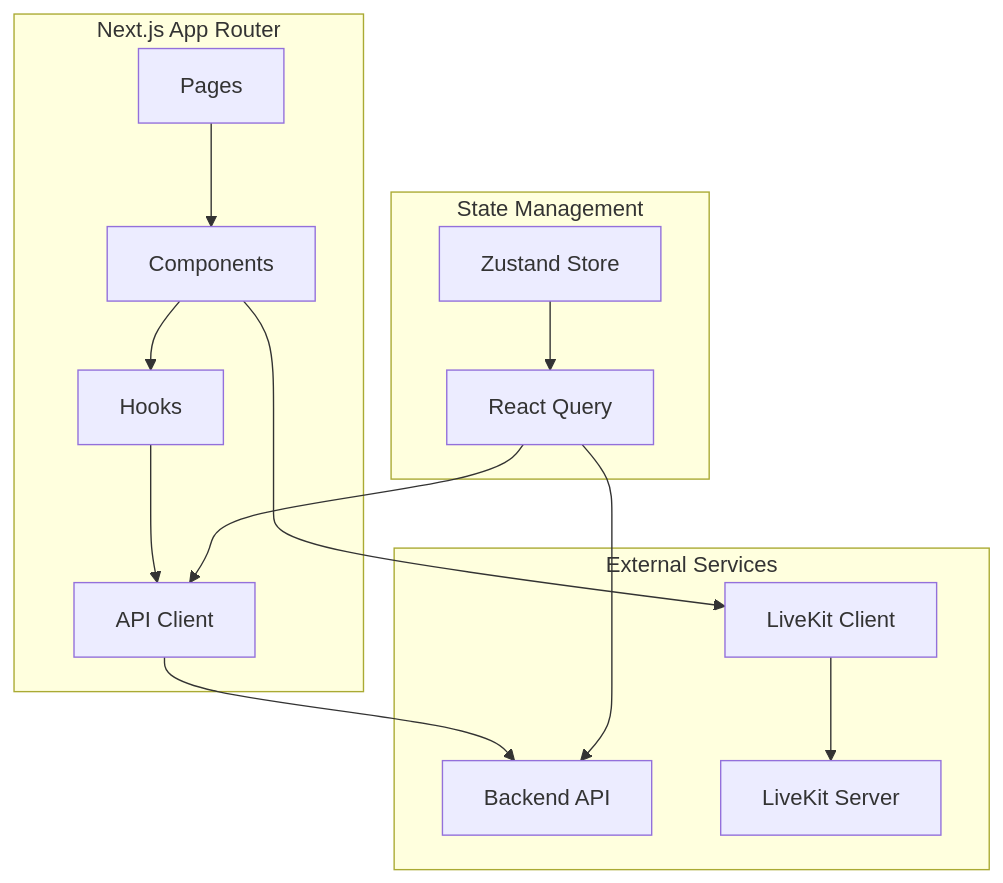
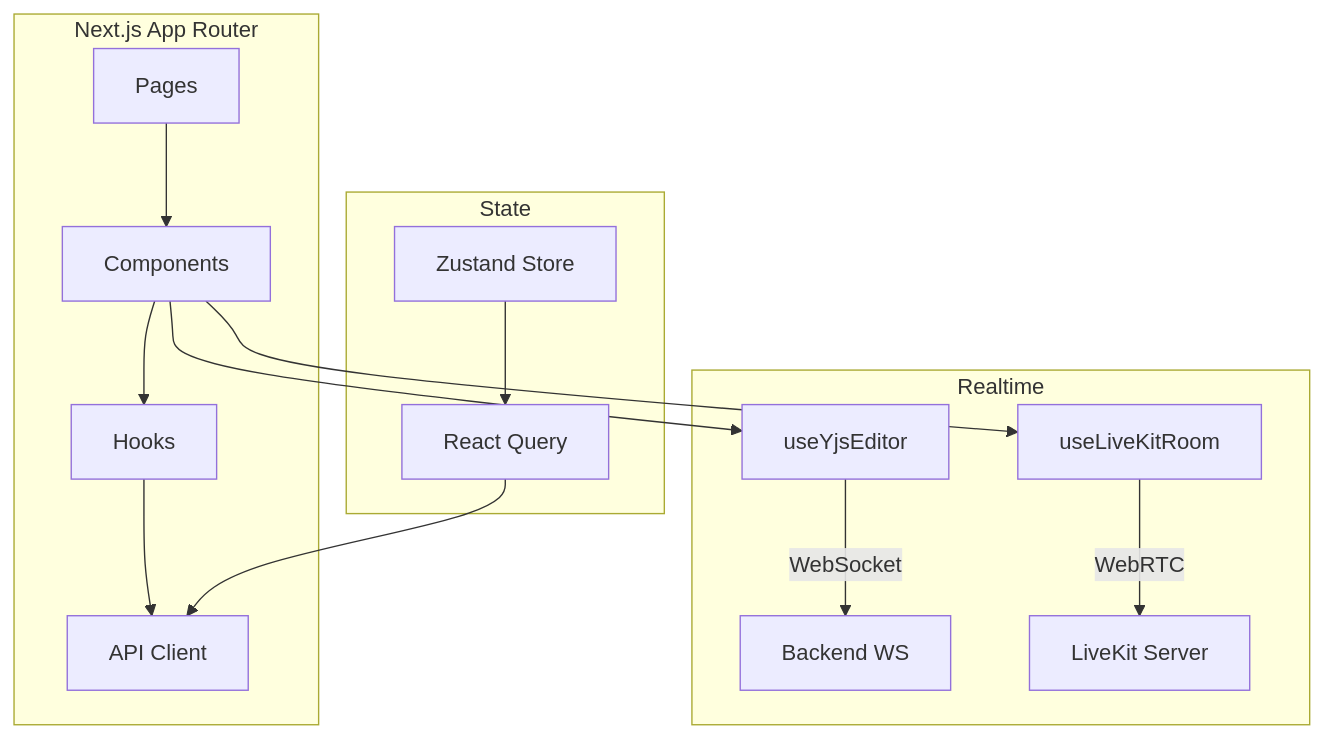
Before and after one commit to M0nGKol/SomPheas-AI-Interviewer: the diagram in docs/FRONTEND.md, drawn with Mermaid. The commit also changed other lines of this file and 8 other files, not shown here.

````diff
--- a/docs/FRONTEND.md
+++ b/docs/FRONTEND.md
@@ -9,21 +9,18 @@
 ```mermaid
 graph TB
     subgraph NextJS["Next.js App Router"]
-        A[Pages] --> B[Components]
-        B --> C[Hooks]
-        C --> D[API Client]
+        Pages --> Components
+        Components --> Hooks
+        Hooks --> APIClient[API Client]
     end
-
-    subgraph State["State Management"]
-        E[Zustand Store] --> F[React Query]
-        F --> D
+    subgraph State
+        Zustand[Zustand Store] --> ReactQuery[React Query]
+        ReactQuery --> APIClient
     end
-
-    subgraph External["External Services"]
-        D --> G[Backend API]
-        H[LiveKit Client] --> I[LiveKit Server]
+    subgraph Realtime
+        YjsEditor[useYjsEditor] -->|WebSocket| WSServer[Backend WS]
+        LiveKit[useLiveKitRoom] -->|WebRTC| LKServer[LiveKit Server]
     end
-
-    B --> H
-    F --> G
+    Components --> YjsEditor
+    Components --> LiveKit
 ```
````
